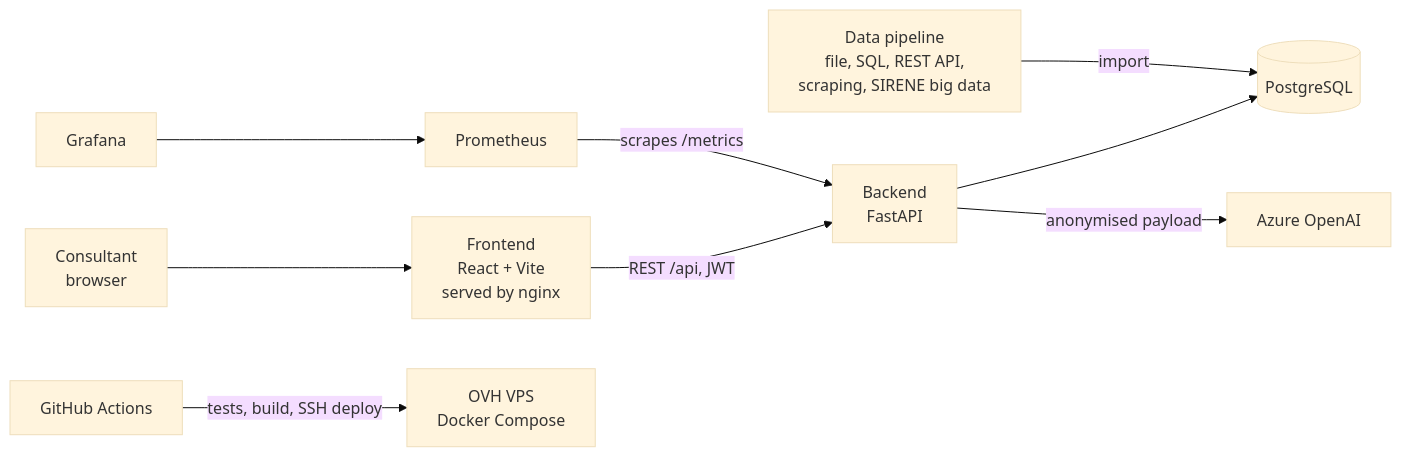
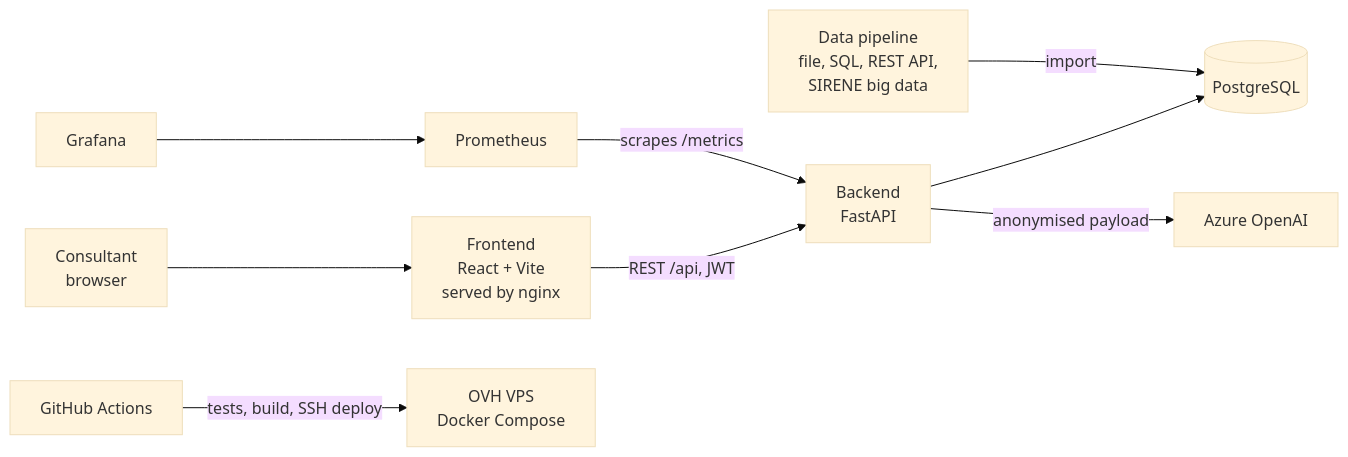
The diagram in README.md (khrisssss/UIMM_app), drawn with Mermaid (base theme) before and after one commit. The commit also changed other lines of this file and 15 other files, not shown here.

First line of the commit message:
Remove the scraping source from the data pipeline

````diff
--- a/README.md
+++ b/README.md
@@ -29,11 +29,11 @@
 ```mermaid
 flowchart LR
     U[Consultant<br/>browser] --> F[Frontend<br/>React + Vite<br/>served by nginx]
     F -- REST /api, JWT --> B[Backend<br/>FastAPI]
     B --> DB[(PostgreSQL)]
     B -- anonymised payload --> AI[Azure OpenAI]
     P[Prometheus] -- scrapes /metrics --> B
     G[Grafana] --> P
     GH[GitHub Actions] -- tests, build, SSH deploy --> VPS[OVH VPS<br/>Docker Compose]
-    PL[Data pipeline<br/>file, SQL, REST API,<br/>scraping, SIRENE big data] -- import --> DB
+    PL[Data pipeline<br/>file, SQL, REST API,<br/>SIRENE big data] -- import --> DB
 ```
````
